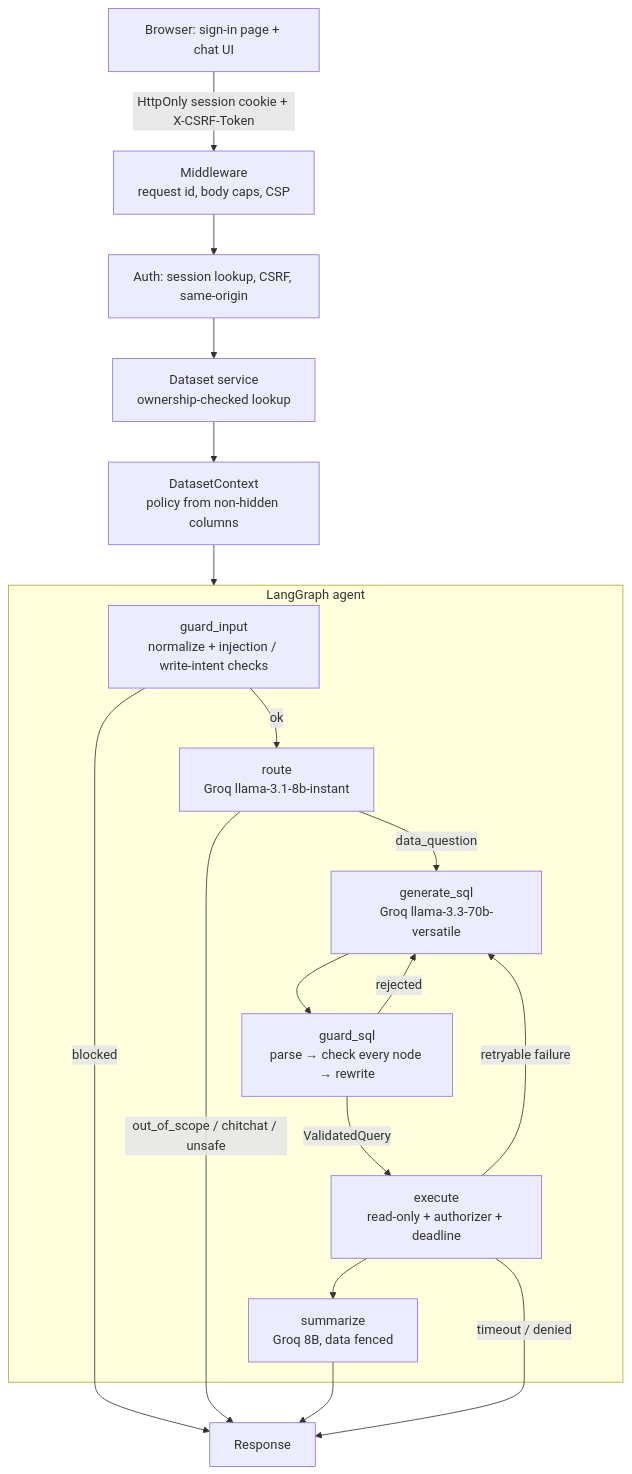
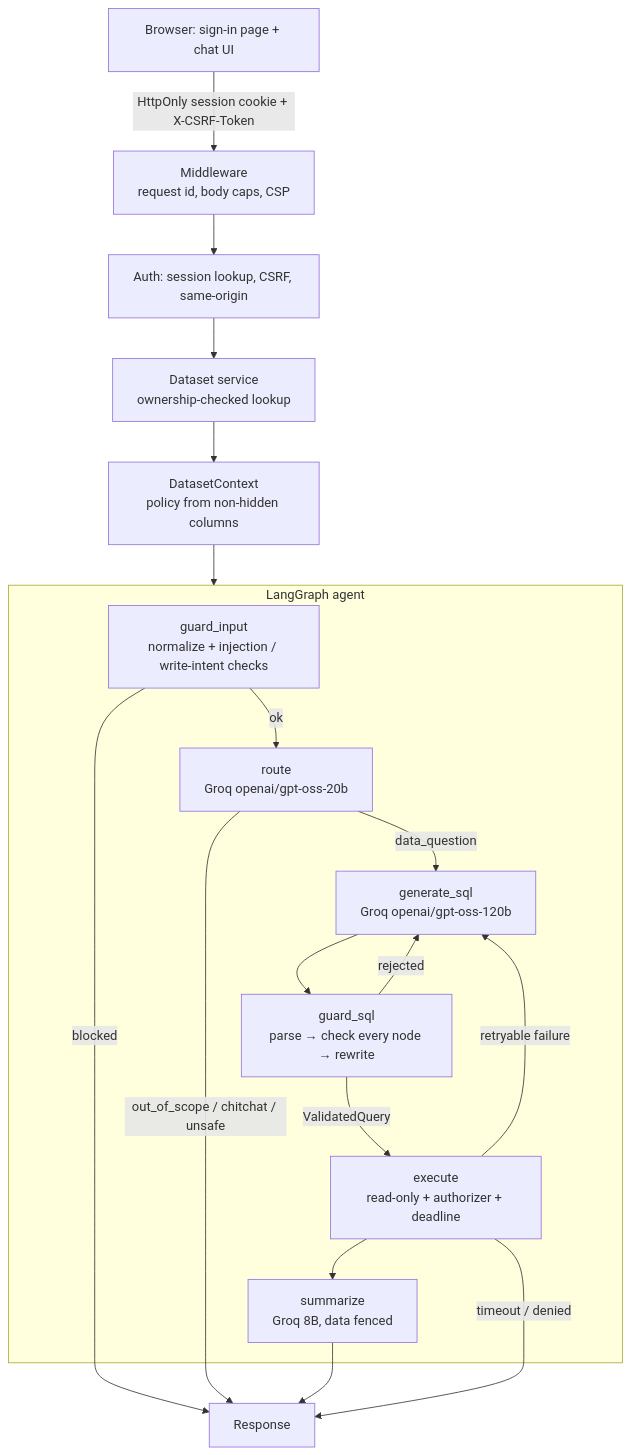
Before and after one commit to anurag-23werty/SqlYapperr: the diagram in docs/ARCHITECTURE.md, drawn with Mermaid. The commit also changed other lines of this file and 10 other files, not shown here.

Commit message:
fix(llm): switch to Groq gpt-oss models (Llama 3.x retired), clear model-not-found errors

````diff
--- a/docs/ARCHITECTURE.md
+++ b/docs/ARCHITECTURE.md
@@ -5,23 +5,23 @@
 ```mermaid
 flowchart TD
     B[Browser: sign-in page + chat UI] -->|HttpOnly session cookie + X-CSRF-Token| MW[Middleware<br/>request id, body caps, CSP]
     MW --> AUTH[Auth: session lookup, CSRF, same-origin]
     AUTH --> DS[Dataset service<br/>ownership-checked lookup]
     DS --> CTX[DatasetContext<br/>policy from non-hidden columns]
     CTX --> G
 
     subgraph G[LangGraph agent]
-      IG[guard_input<br/>normalize + injection / write-intent checks] -->|ok| RT[route<br/>Groq llama-3.1-8b-instant]
-      RT -->|data_question| GEN[generate_sql<br/>Groq llama-3.3-70b-versatile]
+      IG[guard_input<br/>normalize + injection / write-intent checks] -->|ok| RT[route<br/>Groq openai/gpt-oss-20b]
+      RT -->|data_question| GEN[generate_sql<br/>Groq openai/gpt-oss-120b]
       GEN --> GS[guard_sql<br/>parse → check every node → rewrite]
       GS -->|rejected| GEN
       GS -->|ValidatedQuery| EX[execute<br/>read-only + authorizer + deadline]
       EX -->|retryable failure| GEN
       EX --> SUM[summarize<br/>Groq 8B, data fenced]
     end
 
     IG -->|blocked| OUT[Response]
     RT -->|out_of_scope / chitchat / unsafe| OUT
     SUM --> OUT
     EX -->|timeout / denied| OUT
 ```
````
